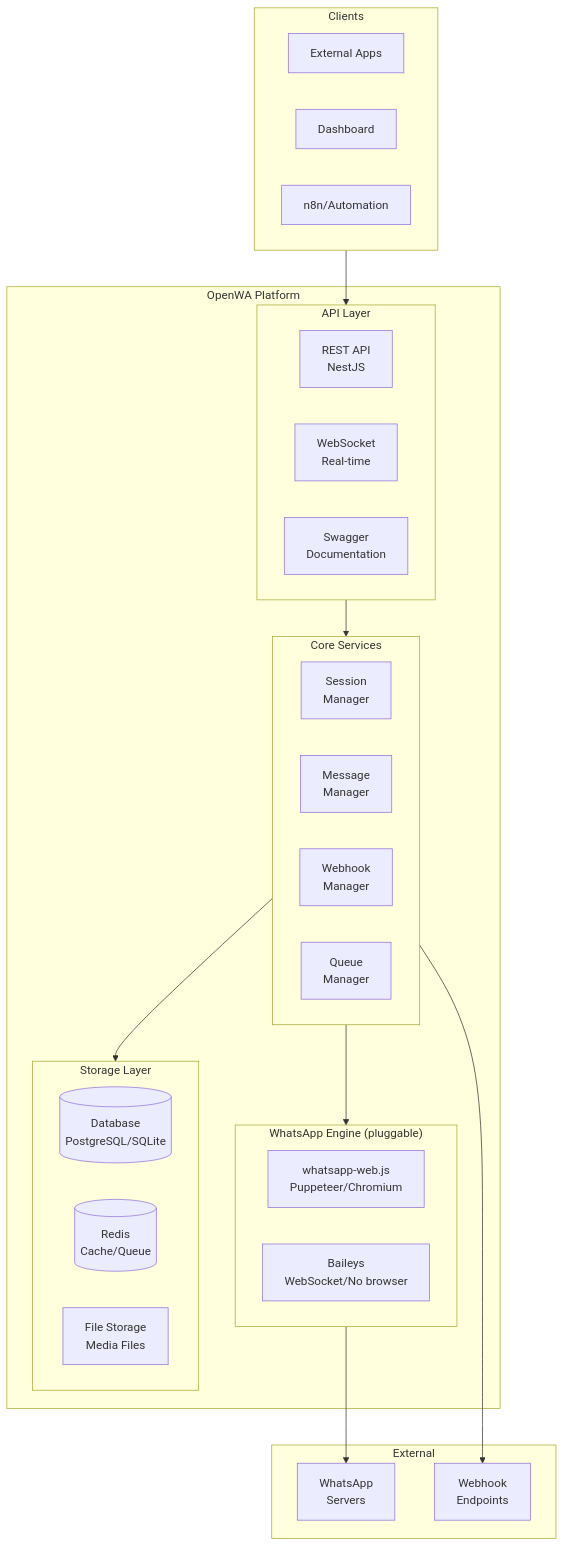
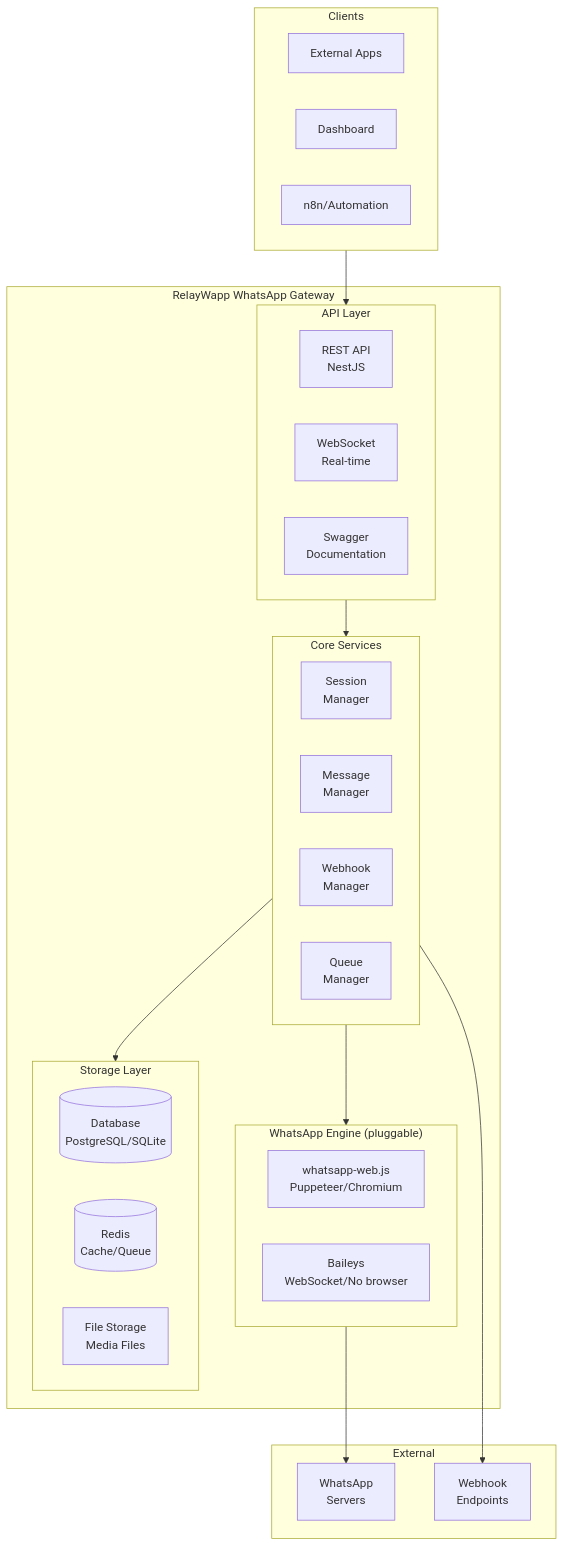
The first of 24 diagrams in docs/03-system-architecture.md (FaisalKabirGalib/whitelabel-whatsapp-gateway), drawn with Mermaid before and after one commit. The commit also changed other lines of this file and 51 other files, not shown here.

Commit message:
docs: rebrand documentation for RelayWapp

````diff
--- a/docs/03-system-architecture.md
+++ b/docs/03-system-architecture.md
@@ -7,46 +7,46 @@
 ```mermaid
 flowchart TB
     subgraph Clients["Clients"]
         C1[External Apps]
         C2[Dashboard]
         C3[n8n/Automation]
     end
 
-    subgraph OpenWA["OpenWA Platform"]
+    subgraph RelayWapp["RelayWapp WhatsApp Gateway"]
         subgraph API["API Layer"]
             REST[REST API<br/>NestJS]
             WS[WebSocket<br/>Real-time]
             SWAGGER[Swagger<br/>Documentation]
         end
 
         subgraph Core["Core Services"]
             SM[Session<br/>Manager]
             MM[Message<br/>Manager]
             WH[Webhook<br/>Manager]
             QM[Queue<br/>Manager]
         end
 
         subgraph Engine["WhatsApp Engine (pluggable)"]
             WW[whatsapp-web.js<br/>Puppeteer/Chromium]
             BY[Baileys<br/>WebSocket/No browser]
         end
 
         subgraph Storage["Storage Layer"]
             DB[(Database<br/>PostgreSQL/SQLite)]
             REDIS[(Redis<br/>Cache/Queue)]
             FS[File Storage<br/>Media Files]
         end
     end
 
     subgraph External["External"]
         WA[WhatsApp<br/>Servers]
         WEBHOOK[Webhook<br/>Endpoints]
     end
 
     Clients --> API
     API --> Core
     Core --> Engine
     Core --> Storage
     Engine --> WA
     Core --> WEBHOOK
 ```
````
